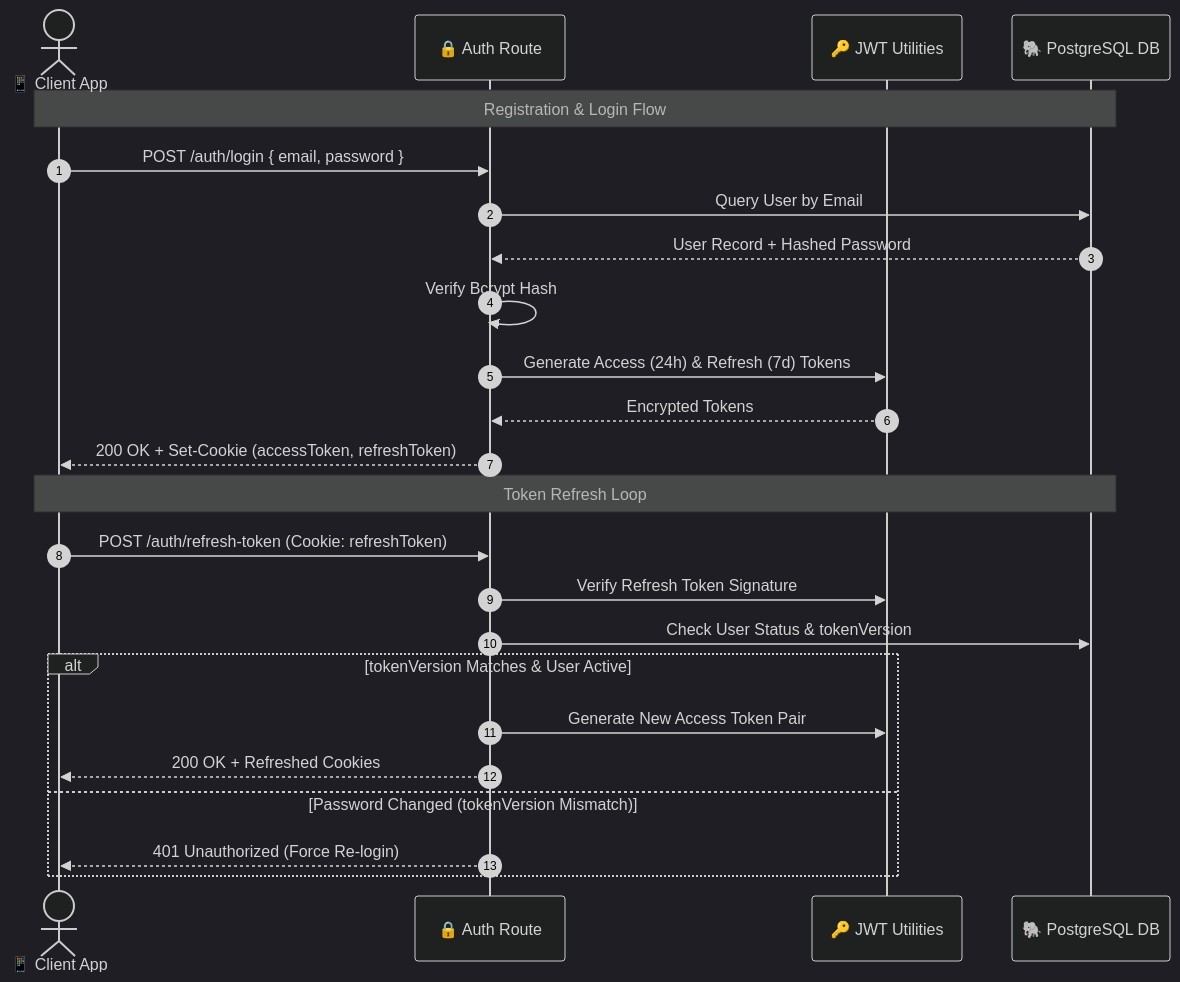
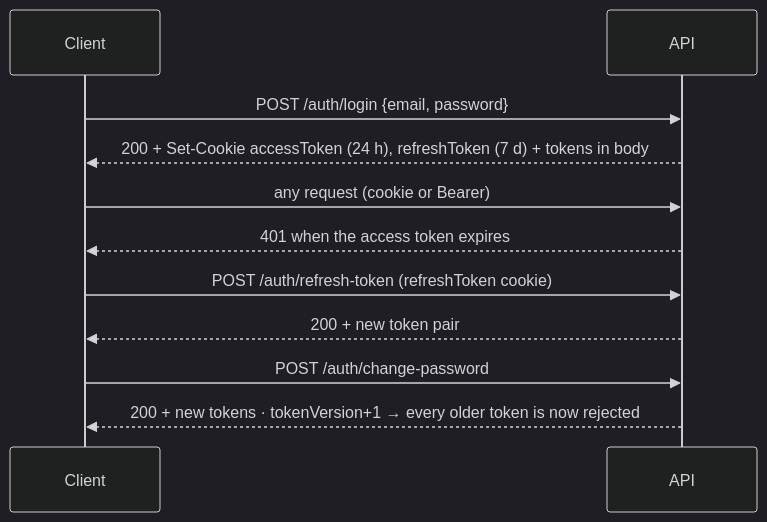
One commit to mariyamnavila/emnex-backend changed the second of 8 diagrams in workflow.md. Above: the diagram before and after it, drawn with Mermaid (dark theme). The commit also changed other lines of this file and 8 other files, not shown here.

First line of the commit message:
feat: implement user-specific rate limiting and improve cookie handling

````diff
--- a/workflow.md
+++ b/workflow.md
@@ -30,28 +47,13 @@
 ```mermaid
 sequenceDiagram
-    autonumber
-    actor Client as 📱 Client App
-    participant AuthAPI as 🔒 Auth Route
-    participant JWT as 🔑 JWT Utilities
-    participant DB as 🐘 PostgreSQL DB
-
-    Note over Client, DB: Registration & Login Flow
-    Client->>AuthAPI: POST /auth/login { email, password }
-    AuthAPI->>DB: Query User by Email
-    DB-->>AuthAPI: User Record + Hashed Password
-    AuthAPI->>AuthAPI: Verify Bcrypt Hash
-    AuthAPI->>JWT: Generate Access (24h) & Refresh (7d) Tokens
-    JWT-->>AuthAPI: Encrypted Tokens
-    AuthAPI-->>Client: 200 OK + Set-Cookie (accessToken, refreshToken)
-
-    Note over Client, DB: Token Refresh Loop
-    Client->>AuthAPI: POST /auth/refresh-token (Cookie: refreshToken)
-    AuthAPI->>JWT: Verify Refresh Token Signature
-    AuthAPI->>DB: Check User Status & tokenVersion
-    alt tokenVersion Matches & User Active
-        AuthAPI->>JWT: Generate New Access Token Pair
-        AuthAPI-->>Client: 200 OK + Refreshed Cookies
-    else Password Changed (tokenVersion Mismatch)
-        AuthAPI-->>Client: 401 Unauthorized (Force Re-login)
-    end
+    participant C as Client
+    participant A as API
+    C->>A: POST /auth/login {email, password}
+    A-->>C: 200 + Set-Cookie accessToken (24 h), refreshToken (7 d) + tokens in body
+    C->>A: any request (cookie or Bearer)
+    A-->>C: 401 when the access token expires
+    C->>A: POST /auth/refresh-token (refreshToken cookie)
+    A-->>C: 200 + new token pair
+    C->>A: POST /auth/change-password
+    A-->>C: 200 + new tokens · tokenVersion+1 → every older token is now rejected
 ```
````
